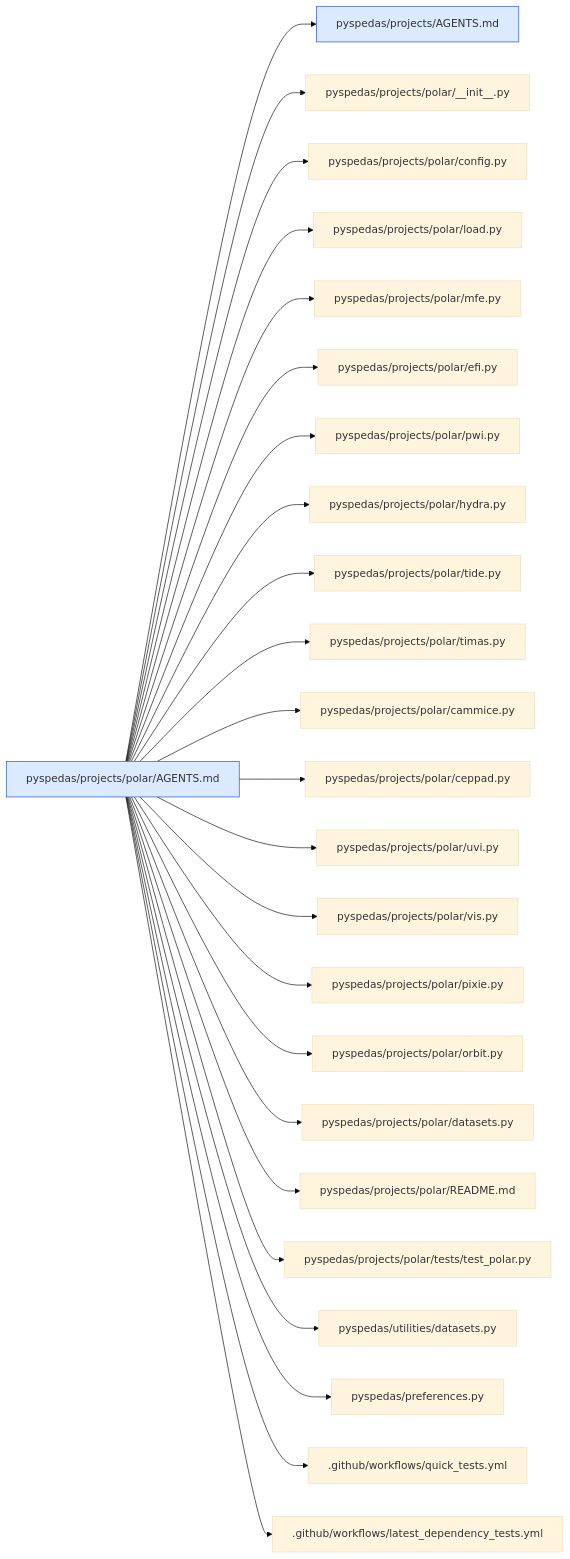
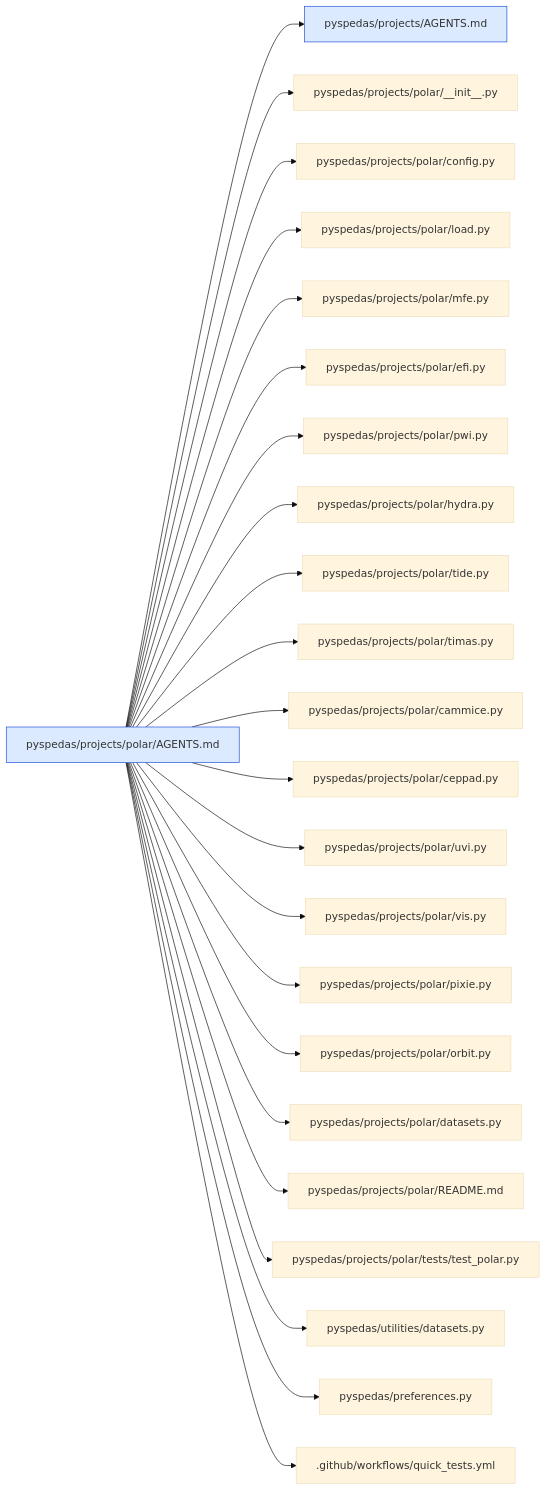
Diagram 27 of 43 in .agents/map/MAP.md (spedas/pyspedas), drawn with Mermaid (base theme) before and after one commit. The commit also changed other lines of this file and 21 other files, not shown here.

First line of the commit message:
Unify quick tests with selectable dependency and Python policies (#1546)

````diff
--- a/.agents/map/MAP.md
+++ b/.agents/map/MAP.md
@@ -1059,29 +1058,28 @@
 ```mermaid
 graph LR
   classDef agents fill:#dbeafe,stroke:#1d4ed8
   classDef missing fill:#fee2e2,stroke:#b91c1c,stroke-dasharray:4
   self["pyspedas/projects/polar/AGENTS.md"]:::agents
   self --> r0["pyspedas/projects/AGENTS.md"]:::agents
   self --> r1["pyspedas/projects/polar/__init__.py"]
   self --> r2["pyspedas/projects/polar/config.py"]
   self --> r3["pyspedas/projects/polar/load.py"]
   self --> r4["pyspedas/projects/polar/mfe.py"]
   self --> r5["pyspedas/projects/polar/efi.py"]
   self --> r6["pyspedas/projects/polar/pwi.py"]
   self --> r7["pyspedas/projects/polar/hydra.py"]
   self --> r8["pyspedas/projects/polar/tide.py"]
   self --> r9["pyspedas/projects/polar/timas.py"]
   self --> r10["pyspedas/projects/polar/cammice.py"]
   self --> r11["pyspedas/projects/polar/ceppad.py"]
   self --> r12["pyspedas/projects/polar/uvi.py"]
   self --> r13["pyspedas/projects/polar/vis.py"]
   self --> r14["pyspedas/projects/polar/pixie.py"]
   self --> r15["pyspedas/projects/polar/orbit.py"]
   self --> r16["pyspedas/projects/polar/datasets.py"]
   self --> r17["pyspedas/projects/polar/README.md"]
   self --> r18["pyspedas/projects/polar/tests/test_polar.py"]
   self --> r19["pyspedas/utilities/datasets.py"]
   self --> r20["pyspedas/preferences.py"]
   self --> r21[".github/workflows/quick_tests.yml"]
-  self --> r22[".github/workflows/latest_dependency_tests.yml"]
 ```
````
